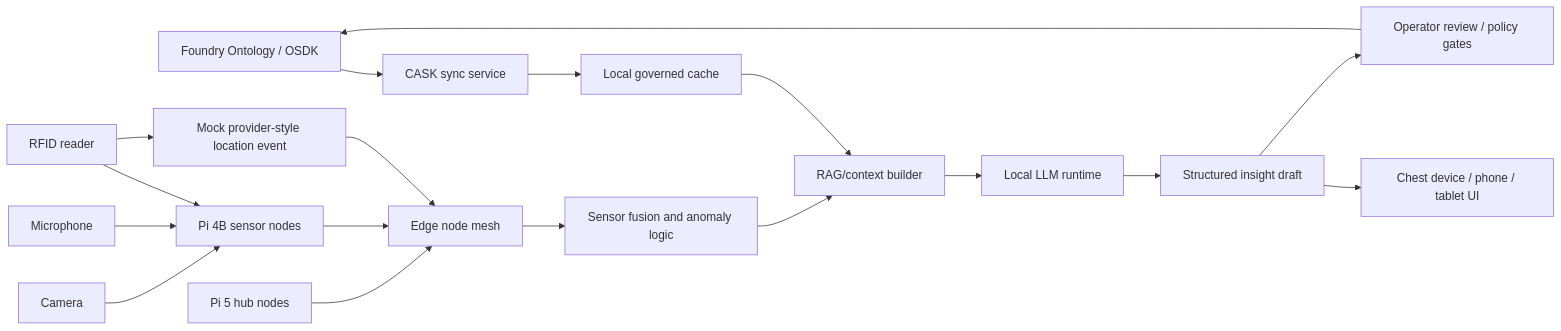
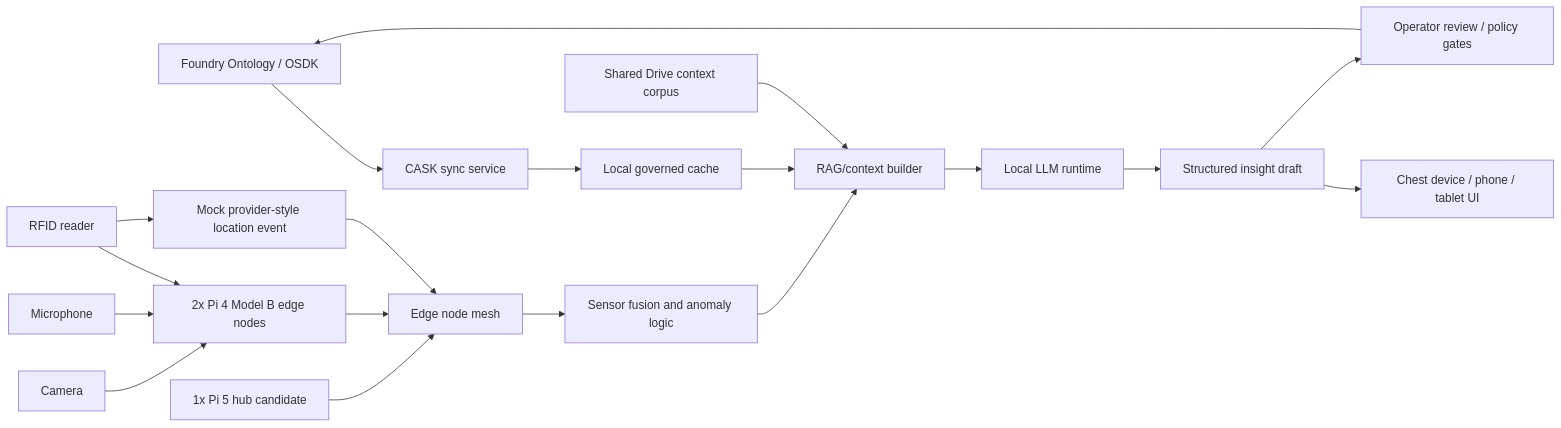
One commit to digitalnomd/altiair changed the diagram in docs/cask-osdk-local-llm-brief.md. Above: the diagram before and after it, drawn with Mermaid. The commit also changed other lines of this file and 1 other file, not shown here.

Commit message:
Add shared context drive and hardware inventory

````diff
--- a/docs/cask-osdk-local-llm-brief.md
+++ b/docs/cask-osdk-local-llm-brief.md
@@ -18,20 +25,21 @@
 ```mermaid
 flowchart LR
     Foundry["Foundry Ontology / OSDK"] --> Sync["CASK sync service"]
     Sync --> Cache["Local governed cache"]
-    Camera["Camera"] --> Pi4
+    Drive["Shared Drive context corpus"] --> Context
+    Camera["Camera"] --> Pi4["2x Pi 4 Model B edge nodes"]
     Mic["Microphone"] --> Pi4
     RFID["RFID reader"] --> Pi4
     RFID --> MockLoc["Mock provider-style location event"]
-    Pi4["Pi 4B sensor nodes"] --> Mesh["Edge node mesh"]
+    Pi4 --> Mesh["Edge node mesh"]
     MockLoc --> Mesh
-    Pi5["Pi 5 hub nodes"] --> Mesh
+    Pi5["1x Pi 5 hub candidate"] --> Mesh
     Mesh --> Fusion["Sensor fusion and anomaly logic"]
     Cache --> Context["RAG/context builder"]
     Fusion --> Context
     Context --> LLM["Local LLM runtime"]
     LLM --> Insight["Structured insight draft"]
     Insight --> Chest["Chest device / phone / tablet UI"]
     Insight --> Review["Operator review / policy gates"]
     Review --> Foundry
 ```
````
